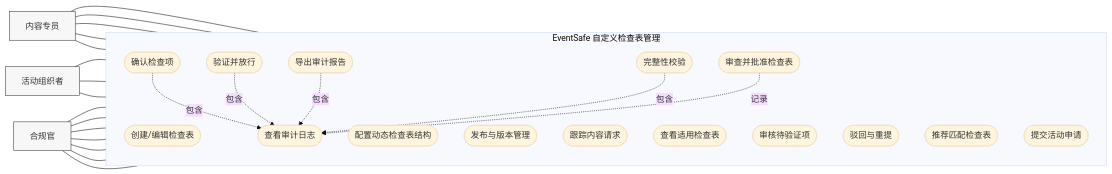
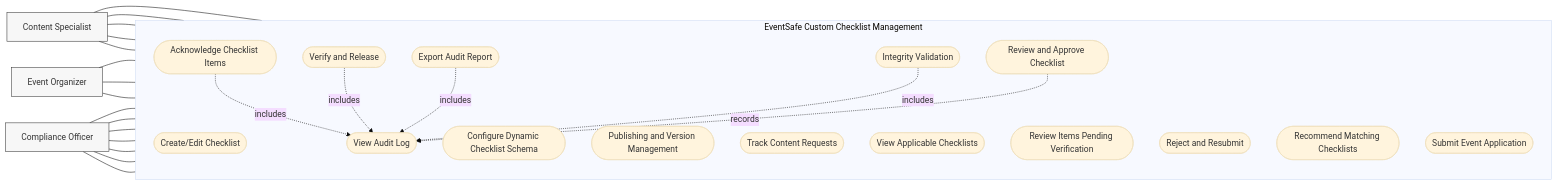
The diagram in use-case.mmd (melvinchia3636/sd-ga-assets), drawn with Mermaid (base theme) before and after one commit. The commit also changed 7 other files, not shown here.

Commit message:
diagram update

```diff
--- a/use-case.mmd
+++ b/use-case.mmd
@@ -1,48 +1,48 @@
 flowchart LR
-  CS["内容专员"]
-  CO["合规官"]
-  EO["活动组织者"]
+  CS["Content Specialist"]
+  CO["Compliance Officer"]
+  EO["Event Organizer"]
 
-  subgraph SYS["EventSafe 自定义检查表管理"]
+  subgraph SYS["EventSafe Custom Checklist Management"]
     direction TB
-    UC1(["创建/编辑检查表"])
-    UC2(["配置动态检查表结构"])
-    UC3(["发布与版本管理"])
-    UC4(["跟踪内容请求"])
-    UC5(["查看适用检查表"])
-    UC6(["确认检查项"])
-    UC7(["审核待验证项"])
-    UC8(["验证并放行"])
-    UC9(["驳回与重提"])
-    UC10(["查看审计日志"])
-    UC11(["导出审计报告"])
-    UC12(["完整性校验"])
-    UC13(["审查并批准检查表"])
-    UC14(["推荐匹配检查表"])
-    UC15(["提交活动申请"])
+    UC1(["Create/Edit Checklist"])
+    UC2(["Configure Dynamic Checklist Schema"])
+    UC3(["Publishing and Version Management"])
+    UC4(["Track Content Requests"])
+    UC5(["View Applicable Checklists"])
+    UC6(["Acknowledge Checklist Items"])
+    UC7(["Review Items Pending Verification"])
+    UC8(["Verify and Release"])
+    UC9(["Reject and Resubmit"])
+    UC10(["View Audit Log"])
+    UC11(["Export Audit Report"])
+    UC12(["Integrity Validation"])
+    UC13(["Review and Approve Checklist"])
+    UC14(["Recommend Matching Checklists"])
+    UC15(["Submit Event Application"])
   end
 
   CS --- UC1
   CS --- UC2
   CS --- UC3
   CS --- UC4
   EO --- UC5
   EO --- UC6
   CS --- UC14
   EO --- UC15
   CO --- UC7
   CO --- UC8
   CO --- UC9
   CO --- UC10
   CO --- UC11
   CO --- UC12
   CO --- UC13
 
-  UC6 -.->|包含| UC10
-  UC8 -.->|包含| UC10
-  UC11 -.->|包含| UC10
-  UC12 -.->|包含| UC10
-  UC13 -.->|记录| UC10
+  UC6 -.->|includes| UC10
+  UC8 -.->|includes| UC10
+  UC11 -.->|includes| UC10
+  UC12 -.->|includes| UC10
+  UC13 -.->|records| UC10
 
   classDef actor fill:#f7f7f7,stroke:#333,stroke-width:1px
   class CS,CO,EO actor
```
